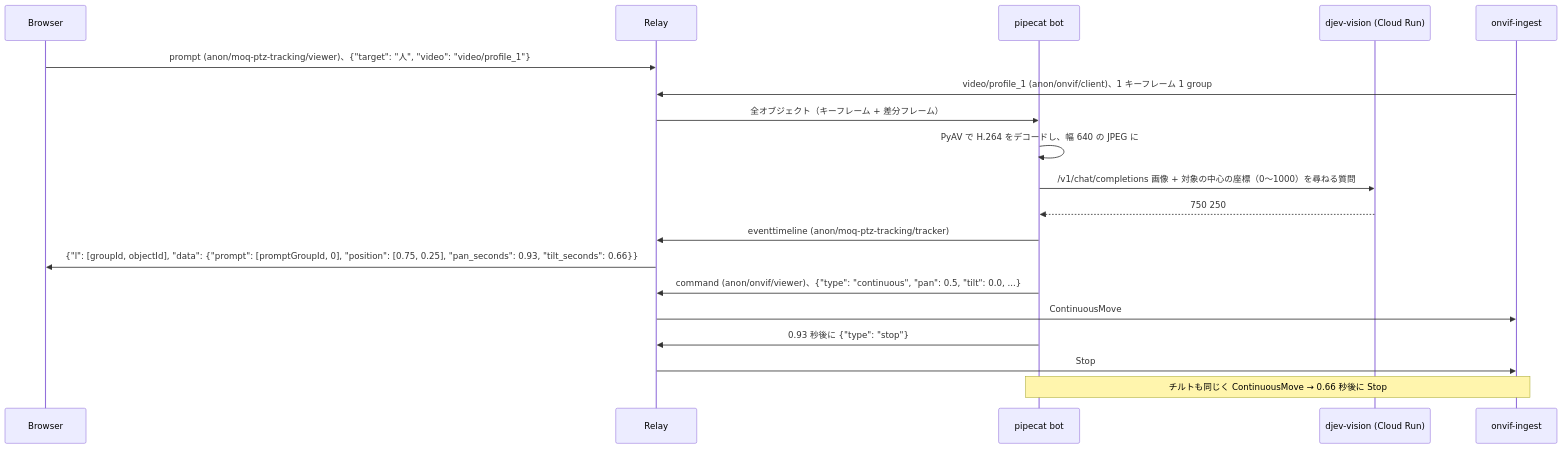
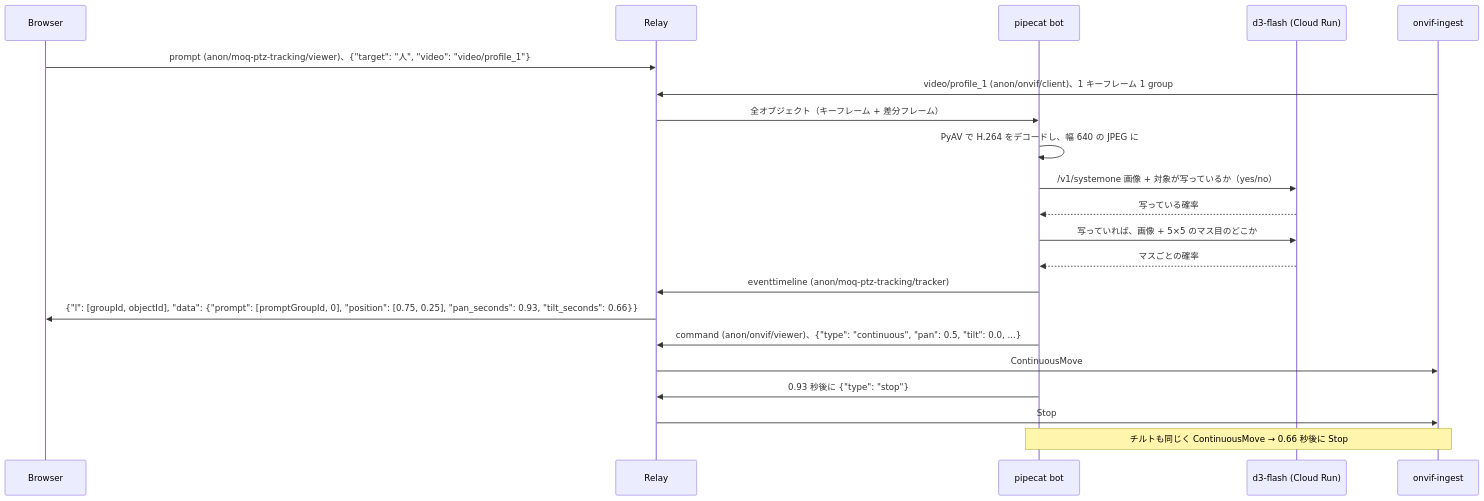
One commit to nttcom/moq-wasm changed the diagram in examples/python/moq-ptz-tracking/README.md. Above: the diagram before and after it, drawn with Mermaid. The commit also changed other lines of this file and 7 other files, not shown here.

````diff
--- a/examples/python/moq-ptz-tracking/README.md
+++ b/examples/python/moq-ptz-tracking/README.md
@@ -7,21 +7,23 @@
 ```mermaid
 sequenceDiagram
     participant B as Browser
     participant R as Relay
     participant P as pipecat bot
-    participant D as djev-vision (Cloud Run)
+    participant D as d3-flash (Cloud Run)
     participant O as onvif-ingest
     B->>R: prompt (anon/moq-ptz-tracking/viewer)、{"target": "人", "video": "video/profile_1"}
     O->>R: video/profile_1 (anon/onvif/client)、1 キーフレーム 1 group
     R->>P: 全オブジェクト（キーフレーム + 差分フレーム）
     P->>P: PyAV で H.264 をデコードし、幅 640 の JPEG に
-    P->>D: /v1/chat/completions 画像 + 対象の中心の座標（0〜1000）を尋ねる質問
-    D-->>P: 750 250
+    P->>D: /v1/systemone 画像 + 対象が写っているか（yes/no）
+    D-->>P: 写っている確率
+    P->>D: 写っていれば、画像 + 5×5 のマス目のどこか
+    D-->>P: マスごとの確率
     P->>R: eventtimeline (anon/moq-ptz-tracking/tracker)
     R->>B: {"l": [groupId, objectId], "data": {"prompt": [promptGroupId, 0], "position": [0.75, 0.25], "pan_seconds": 0.93, "tilt_seconds": 0.66}}
     P->>R: command (anon/onvif/viewer)、{"type": "continuous", "pan": 0.5, "tilt": 0.0, ...}
     R->>O: ContinuousMove
     P->>R: 0.93 秒後に {"type": "stop"}
     R->>O: Stop
     Note over P,O: チルトも同じく ContinuousMove → 0.66 秒後に Stop
 ```
````
